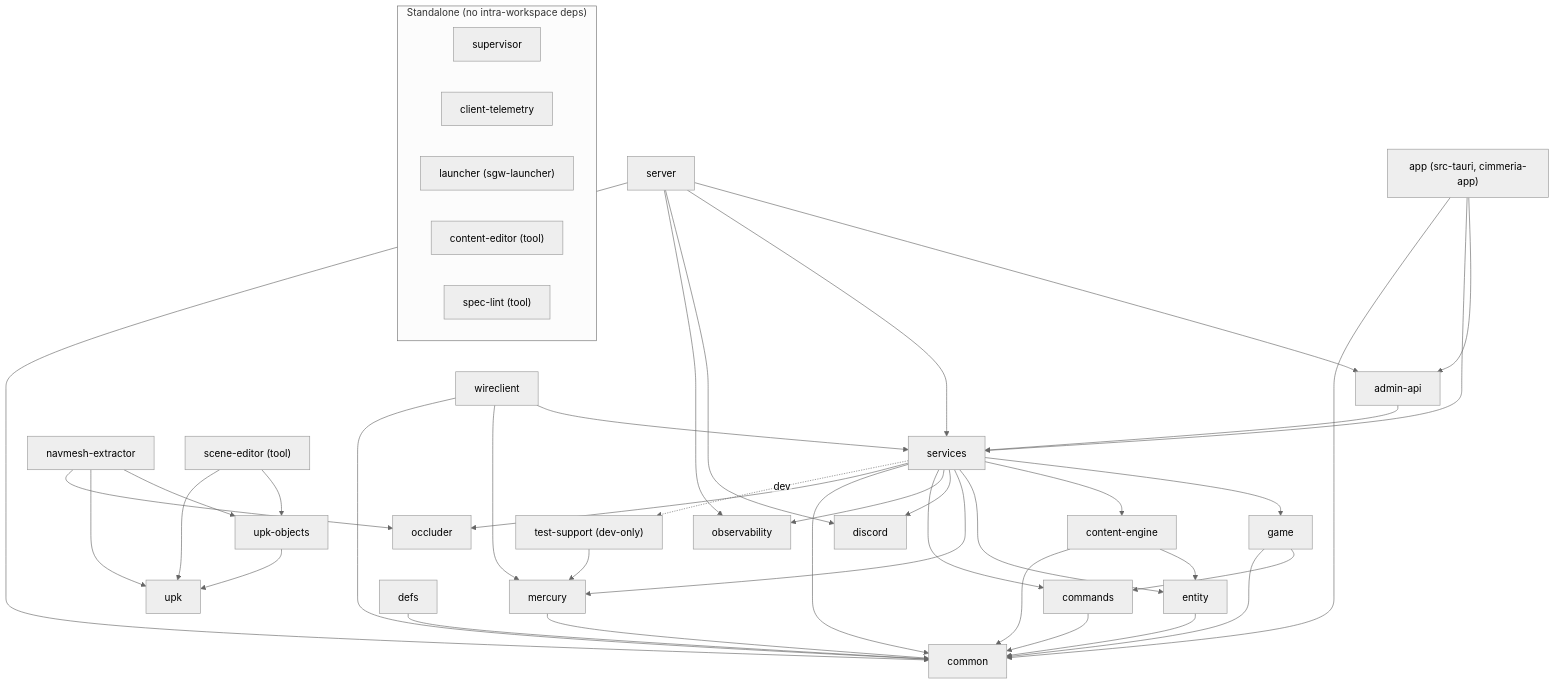
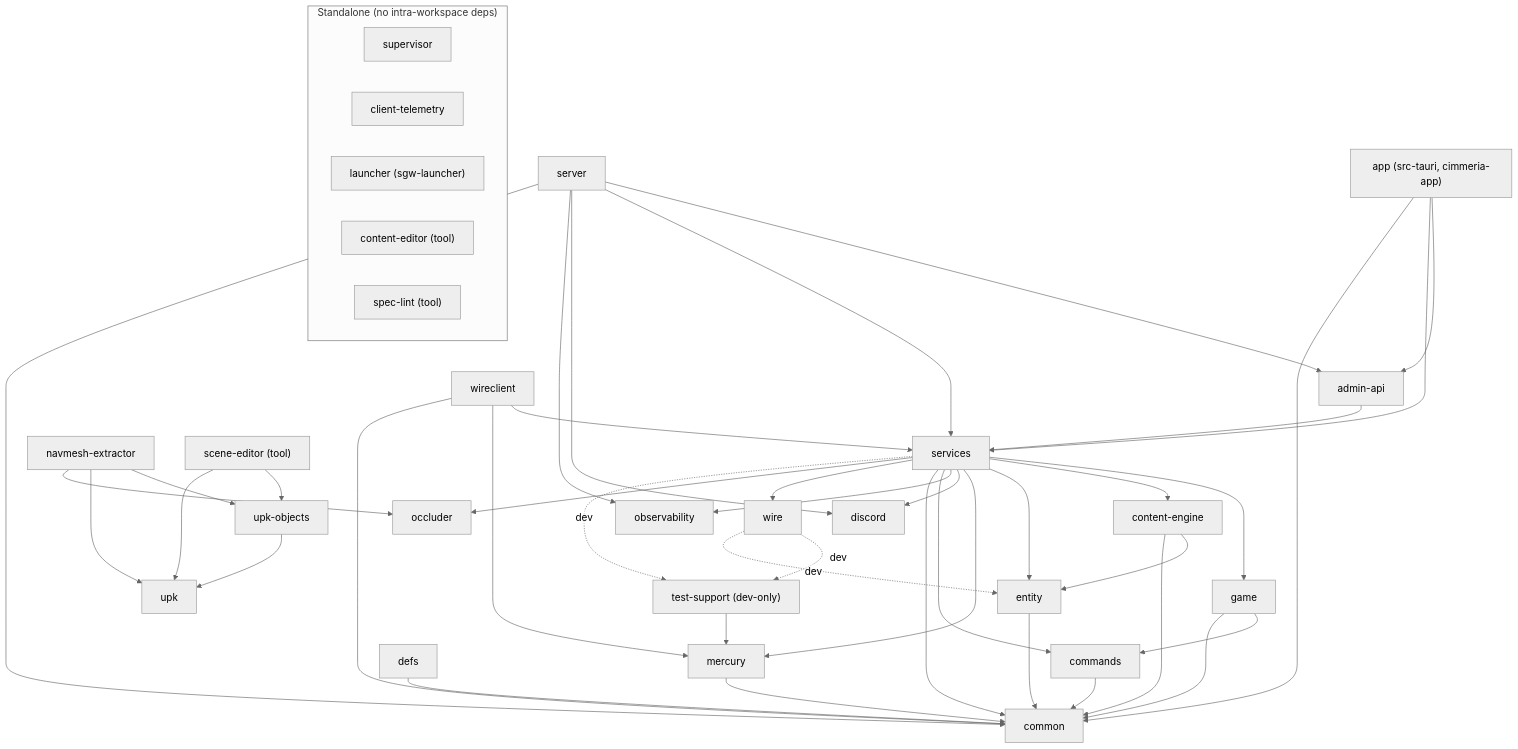
The diagram in README.md (SandboxServers/Cimmeria), drawn with Mermaid before and after one commit. The commit also changed other lines of this file and 96 other files, not shown here.

````diff
--- a/README.md
+++ b/README.md
@@ -95,59 +95,62 @@
 ```mermaid
 %%{init: {"flowchart": {"htmlLabels": false}, "theme": "neutral"}}%%
 flowchart TD
     %% entry points / binaries
     server --> adminApi["admin-api"]
     server --> services
     server --> discord
     server --> observability
     server --> common
     app["app (src-tauri, cimmeria-app)"] --> adminApi
     app --> services
     app --> common
     wireclient --> services
     wireclient --> mercury
     wireclient --> common
 
     %% service + domain layer
     adminApi --> services
     services --> game
     services --> contentEngine["content-engine"]
     services --> entity
     services --> mercury
     services --> discord
     services --> observability
     services --> commands
     services --> common
+    services --> wire
     game --> commands
     game --> common
     contentEngine --> entity
     contentEngine --> common
     entity --> common
 
     %% foundation
     mercury --> common
     defs --> common
     commands --> common
 
     %% UPK / navmesh toolchain (independent of the server spine)
     navmeshExtractor["navmesh-extractor"] --> upkObjects["upk-objects"]
     navmeshExtractor --> upk
     navmeshExtractor --> occluder
     services --> occluder
     sceneEditor["scene-editor (tool)"] --> upkObjects
 
     %% test-only
     services -. dev .-> testSupport["test-support (dev-only)"]
+    wire -. dev .-> testSupport
+    wire -. dev .-> entity
     testSupport --> mercury
     sceneEditor --> upk
     upkObjects --> upk
 
     %% standalone crates with no intra-workspace dependencies
     subgraph standalone["Standalone (no intra-workspace deps)"]
         supervisor
         clientTelemetry["client-telemetry"]
         launcher["launcher (sgw-launcher)"]
         contentEditor["content-editor (tool)"]
         specLint["spec-lint (tool)"]
     end
 ```
````
